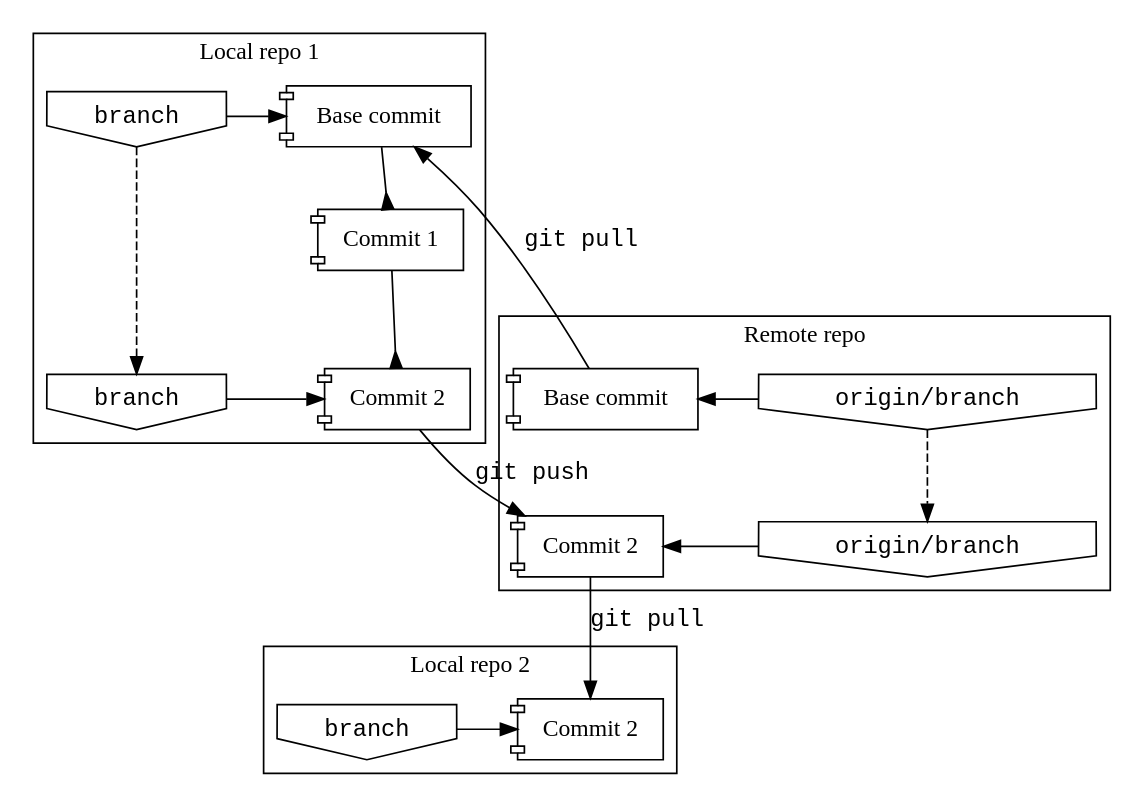
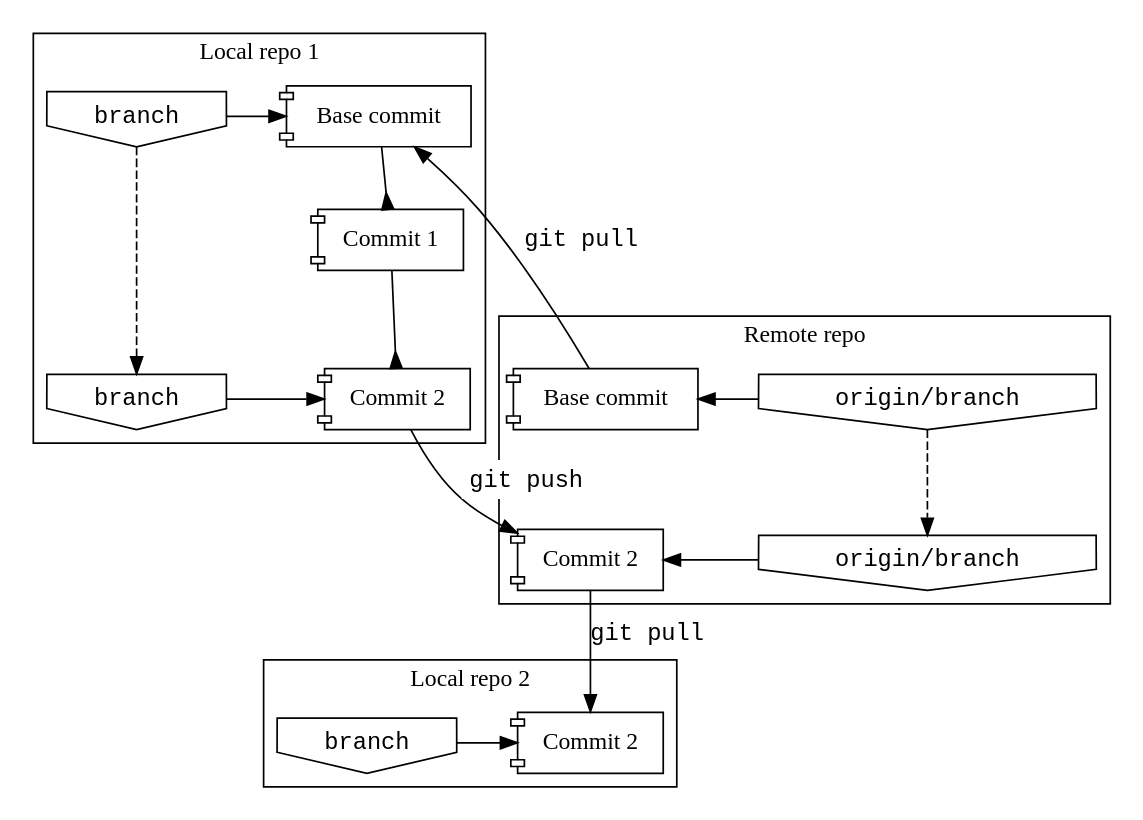
One commit to mathling-programming/lectures changed the fourth of 7 diagrams in source/gitanatomy.rst. Above: the diagram before and after it, drawn with Graphviz. The commit also changed other lines of this file and 1 other file, not shown here.

```diff
--- a/source/gitanatomy.rst
+++ b/source/gitanatomy.rst
@@ -161,46 +164,46 @@
 .. graphviz::
 
    digraph {
       subgraph cluster_baserepo {
          label = "Remote repo"
          base_commit [ shape = component, label = "Base commit" ]
          origin_branch [ shape = invhouse,  label = "origin/branch", fontname = "monospace" ]
          commit2_base  [ shape = component, label = "Commit 2" ]
          origin_branch_new [ shape = invhouse, label = "origin/branch", fontname = "monospace" ]
 
          origin_branch -> base_commit [ constraint = false ]
          origin_branch_new -> commit2_base [ constraint = false ]
 
          base_commit -> commit2_base [ style = invis ]
 
          origin_branch -> origin_branch_new [ style = dashed ]
       }
 
       subgraph cluster_repo1 {
           label = "Local repo 1"
           base_commit0 [ shape = component, label = "Base commit" ]
           local_branch [ shape = invhouse, label = "branch", fontname = "monospace" ]
           commit1 [ shape = component, label = "Commit 1" ]
           commit2 [ shape = component, label = "Commit 2" ]
           local_branch_new [ shape = invhouse, label = "branch", fontname = "monospace" ]
 
           local_branch -> base_commit0 [ constraint = false ]
           base_commit0 -> commit1 [ arrowhead = inv ]
           commit1 -> commit2 [ arrowhead = inv ]
           local_branch_new -> commit2 [ constraint = false ]
 
           local_branch -> local_branch_new [ style = dashed, minlen = 2 ]
       }
 
       subgraph cluster_repo2 {
           label = "Local repo 2"
           commit2_2 [ shape = component, label = "Commit 2" ]
           local_branch2 [ shape = invhouse,  label = "branch", fontname = "monospace" ]
 
           local_branch2 -> commit2_2 [ constraint = false ]
       }
 
       base_commit -> base_commit0 [ label = "git pull", fontname = "monospace" ]
       commit2_base -> commit2_2 [ label = "git pull", fontname = "monospace" ]
-      commit2 -> commit2_base [ label = "git push", fontname = "monospace" ]
+      commit2 -> commit2_base [ label = <<table bgcolor="white" border="0" cellborder="0"><tr><td>git push</td></tr></table>>, fontname = "monospace" ]
    }
```
